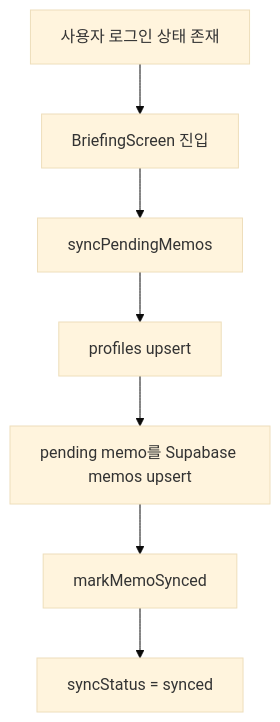
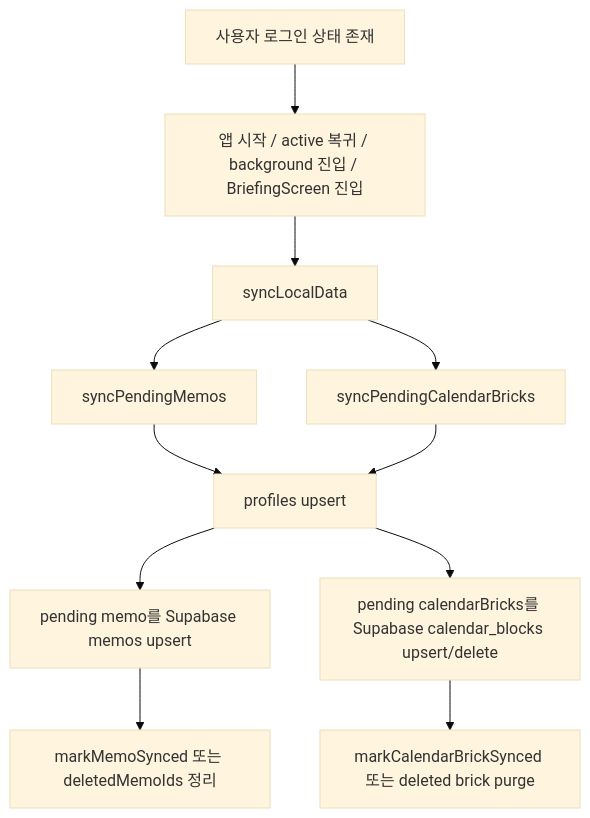
The third of 12 diagrams in docs/flow.md (SUNGHOONOH/Subnota), drawn with Mermaid (base theme) before and after one commit. The commit also changed other lines of this file and 93 other files, not shown here.

````diff
--- a/docs/flow.md
+++ b/docs/flow.md
@@ -46,9 +47,13 @@
 ```mermaid
 flowchart TD
-  A["사용자 로그인 상태 존재"] --> B["BriefingScreen 진입"]
-  B --> C["syncPendingMemos"]
-  C --> D["profiles upsert"]
-  D --> E["pending memo를 Supabase memos upsert"]
-  E --> F["markMemoSynced"]
-  F --> G["syncStatus = synced"]
+  A["사용자 로그인 상태 존재"] --> B["앱 시작 / active 복귀 / background 진입 / BriefingScreen 진입"]
+  B --> C["syncLocalData"]
+  C --> D["syncPendingMemos"]
+  C --> E["syncPendingCalendarBricks"]
+  D --> F["profiles upsert"]
+  E --> F
+  F --> G["pending memo를 Supabase memos upsert"]
+  F --> H["pending calendarBricks를 Supabase calendar_blocks upsert/delete"]
+  G --> I["markMemoSynced 또는 deletedMemoIds 정리"]
+  H --> J["markCalendarBrickSynced 또는 deleted brick purge"]
 ```
````
